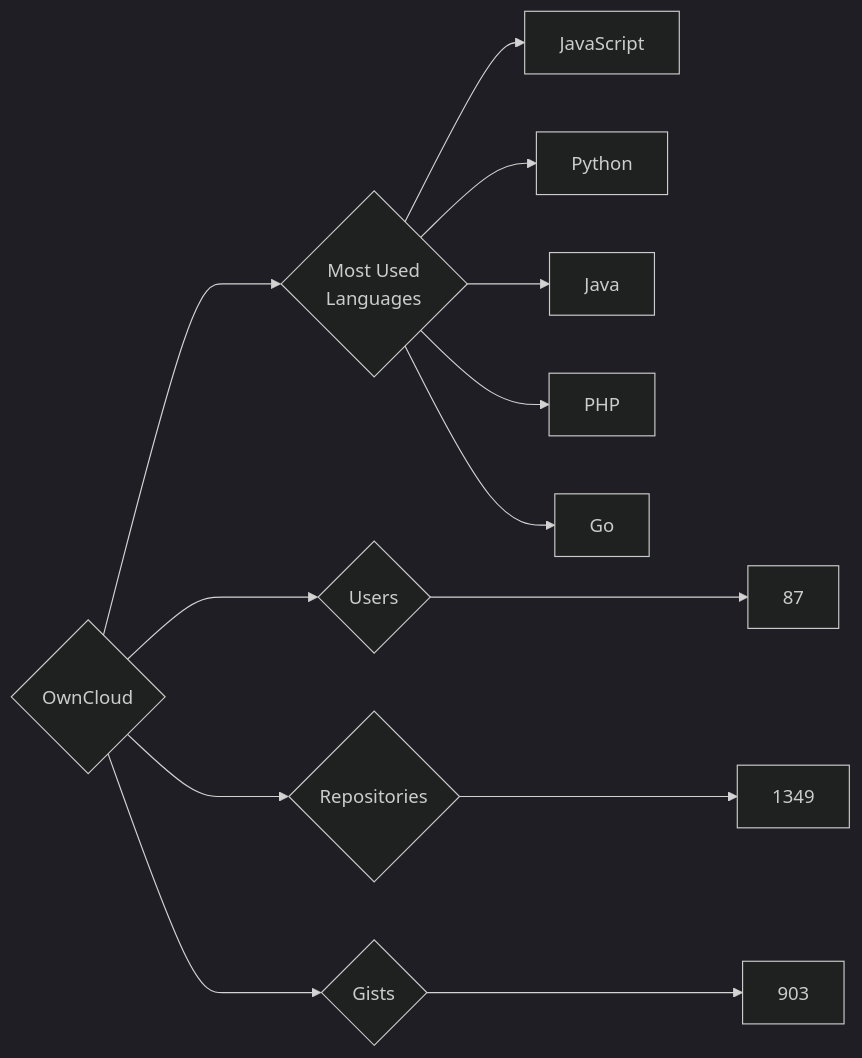
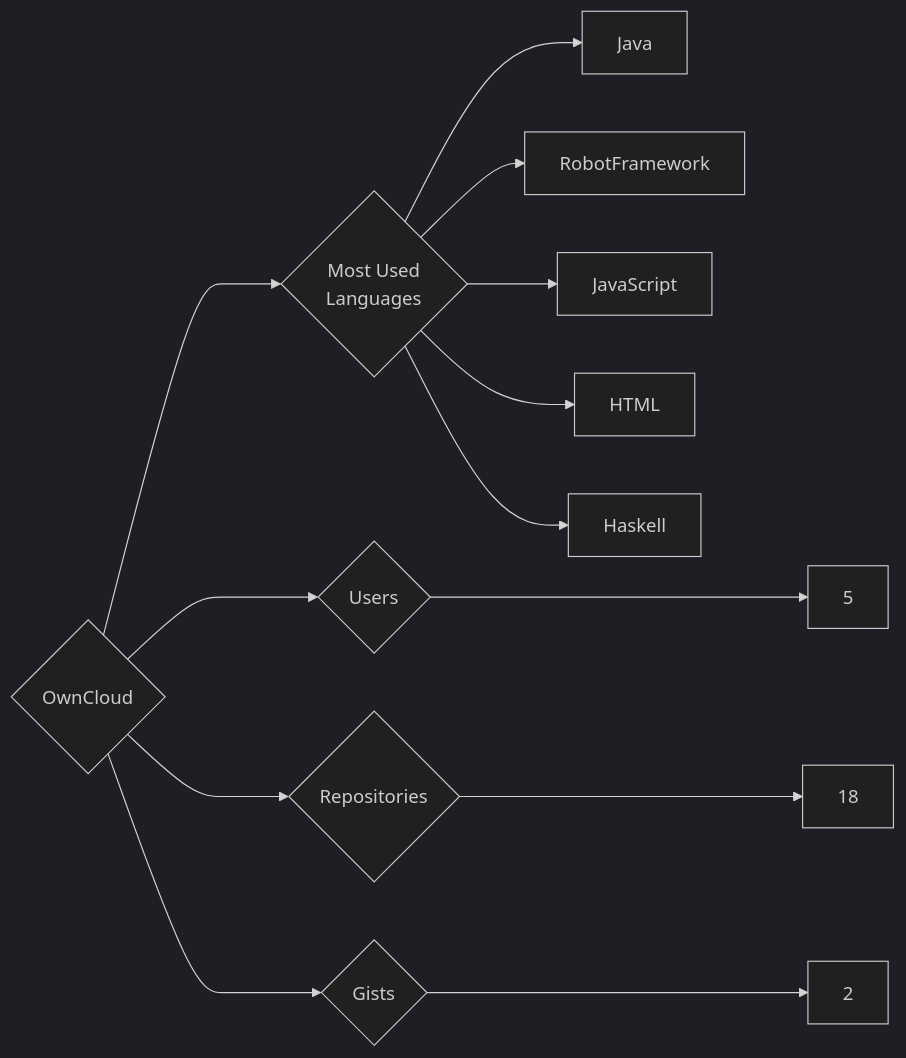
Before and after one commit to trickest/insiders: the diagram in targets/OwnCloud/README.md, drawn with Mermaid (dark theme). The commit also changed 1496 other files, not shown here.

````diff
--- a/targets/OwnCloud/README.md
+++ b/targets/OwnCloud/README.md
@@ -3,13 +3,13 @@
 ```mermaid
 graph LR
 COMPANY_NAME{OwnCloud}
-COMPANY_NAME ---> U{Users} ---> UN[87]
-COMPANY_NAME ---> R{Repositories} ---> RN[1349]
-COMPANY_NAME ---> G{Gists} ---> GN[903]
+COMPANY_NAME ---> U{Users} ---> UN[5]
+COMPANY_NAME ---> R{Repositories} ---> RN[18]
+COMPANY_NAME ---> G{Gists} ---> GN[2]
 COMPANY_NAME ---> ML{Most Used<br>Languages}
+ML --> Java[Java]
+ML --> RobotFramework[RobotFramework]
 ML --> JavaScript[JavaScript]
-ML --> Python[Python]
-ML --> Java[Java]
-ML --> PHP[PHP]
-ML --> Go[Go]
+ML --> HTML[HTML]
+ML --> Haskell[Haskell]
 ```
````
